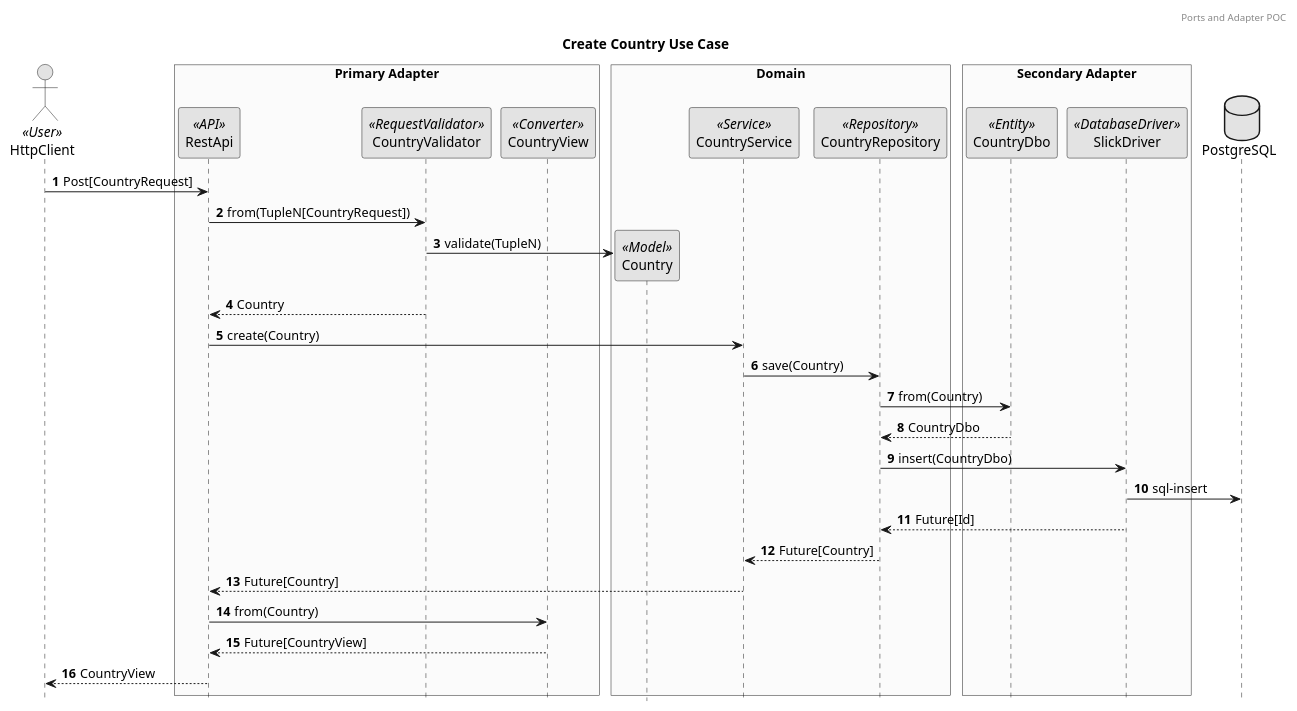
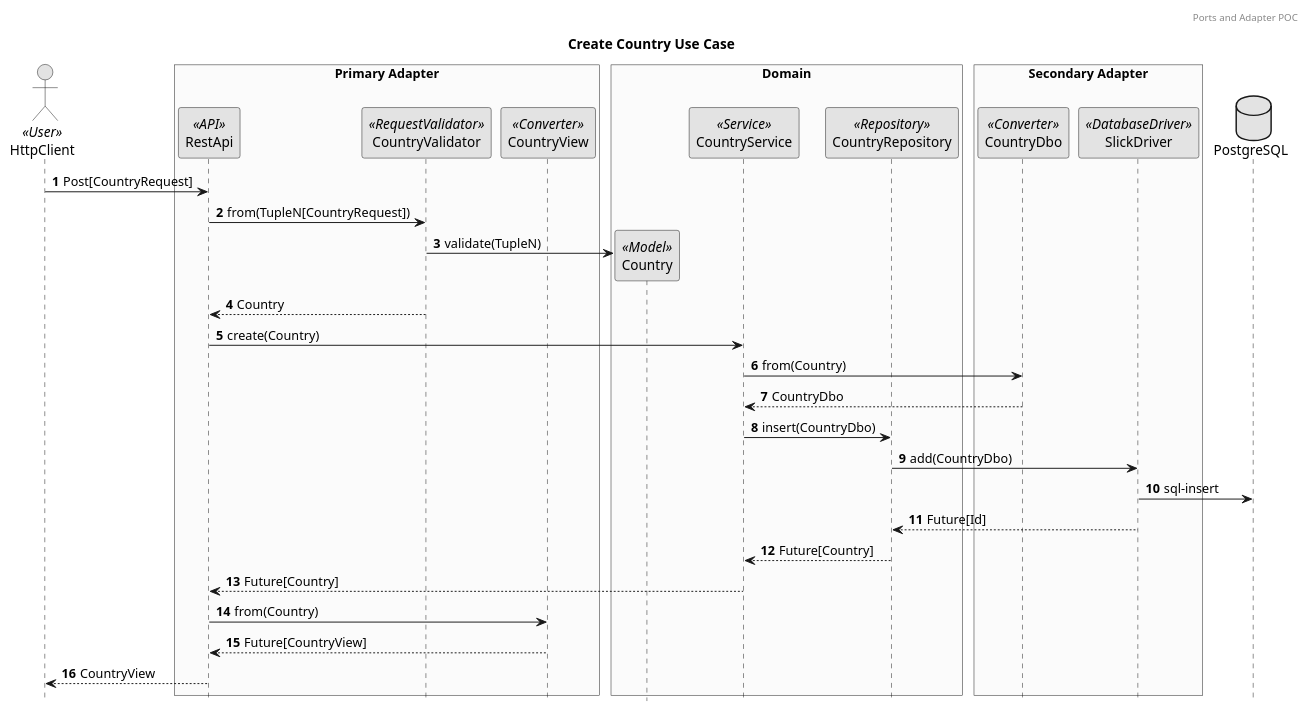
The diagram in hexagonal/docs/create-country.puml (butcherless/incubator), drawn with PlantUML before and after one commit. The commit also changed 4 other files, not shown here.

```diff
--- a/hexagonal/docs/create-country.puml
+++ b/hexagonal/docs/create-country.puml
@@ -1,44 +1,44 @@
 @startuml
 skinparam monochrome true
 skinparam BoxPadding 5
 header Ports and Adapter POC
 title Create Country Use Case
 
 hide footbox
 actor HttpClient as user << User >>
 
 box "Primary Adapter" #FBFBFB
 participant "RestApi" as api << API >>
 participant "CountryValidator" as validator << RequestValidator >>
 participant "CountryView" as view << Converter >>
 end box
 box "Domain" #FBFBFB
 participant "Country" as country << Model >>
 participant "CountryService" as service << Service >>
 participant "CountryRepository" as repository << Repository >>
 end box
 box "Secondary Adapter" #FBFBFB
-participant "CountryDbo" as dbo << Entity >>
+participant "CountryDbo" as dbo << Converter >>
 participant "SlickDriver" as db << DatabaseDriver >>
 end box
 
 database PostgreSQL as pgdb
 
 autonumber
 user -> api: Post[CountryRequest]
 api -> validator : from(TupleN[CountryRequest])
 validator -> country ** : validate(TupleN)
 validator --> api: Country
 api -> service: create(Country)
-service -> repository: save(Country)
-repository -> dbo: from(Country)
-dbo --> repository: CountryDbo
-repository -> db : insert(CountryDbo)
+service -> dbo: from(Country)
+dbo --> service: CountryDbo
+service -> repository: insert(CountryDbo)
+repository -> db : add(CountryDbo)
 db -> pgdb : sql-insert
 db --> repository : Future[Id]
 repository --> service : Future[Country]
 service --> api : Future[Country]
 api -> view : from(Country)
 view --> api : Future[CountryView]
 api --> user : CountryView
 @enduml
```
